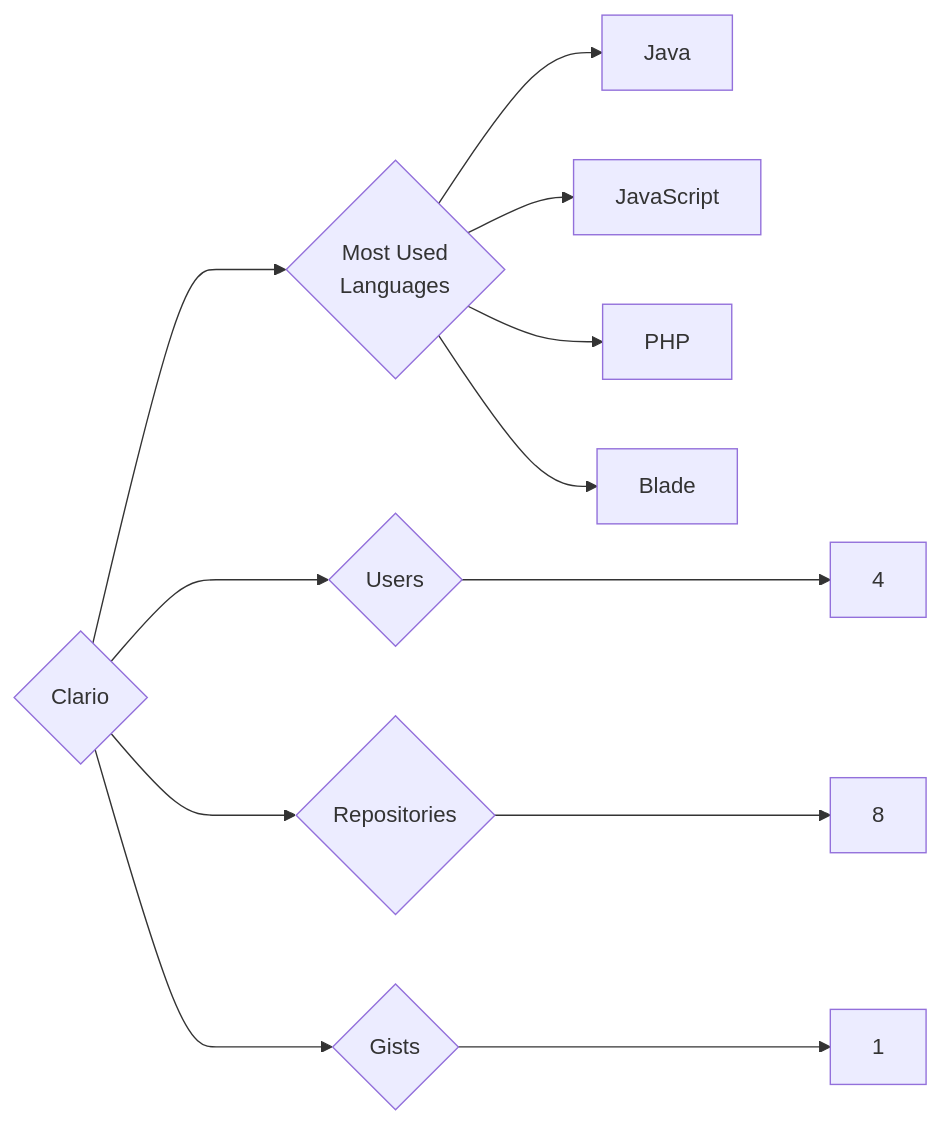
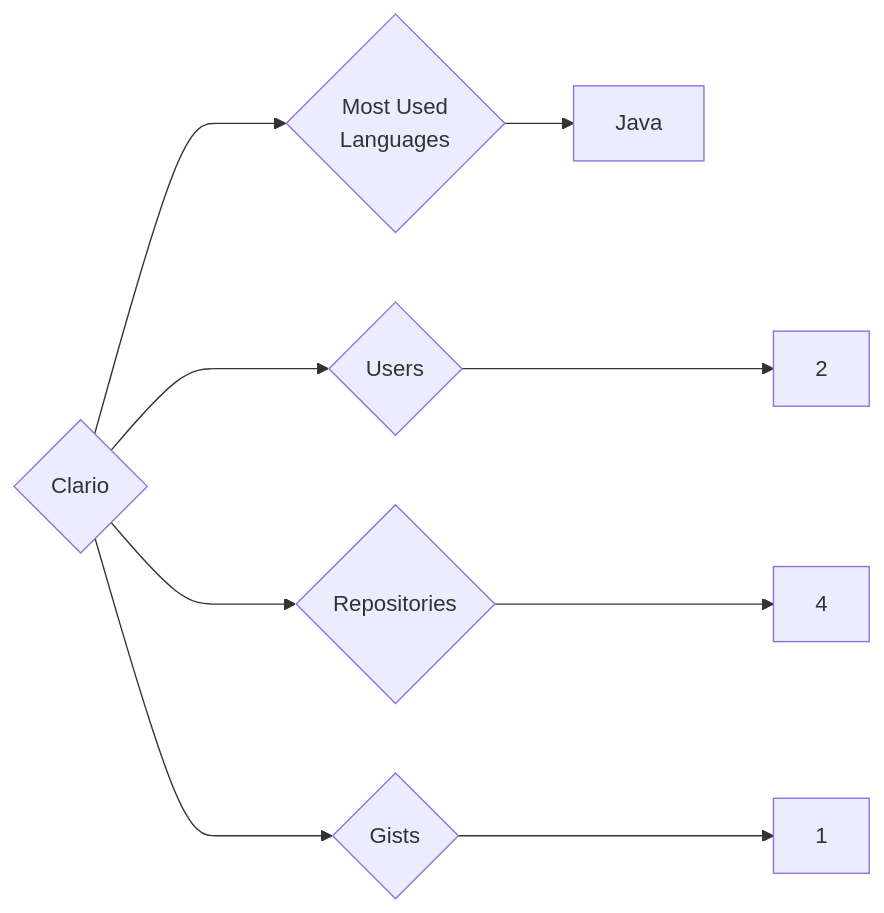
The diagram in targets/Clario/README.md (trickest/insiders), drawn with Mermaid before and after one commit. The commit also changed 1212 other files, not shown here.

````diff
--- a/targets/Clario/README.md
+++ b/targets/Clario/README.md
@@ -3,12 +3,9 @@
 ```mermaid
 graph LR
 COMPANY_NAME{Clario}
-COMPANY_NAME ---> U{Users} ---> UN[4]
-COMPANY_NAME ---> R{Repositories} ---> RN[8]
+COMPANY_NAME ---> U{Users} ---> UN[2]
+COMPANY_NAME ---> R{Repositories} ---> RN[4]
 COMPANY_NAME ---> G{Gists} ---> GN[1]
 COMPANY_NAME ---> ML{Most Used<br>Languages}
 ML --> Java[Java]
-ML --> JavaScript[JavaScript]
-ML --> PHP[PHP]
-ML --> Blade[Blade]
 ```
````
